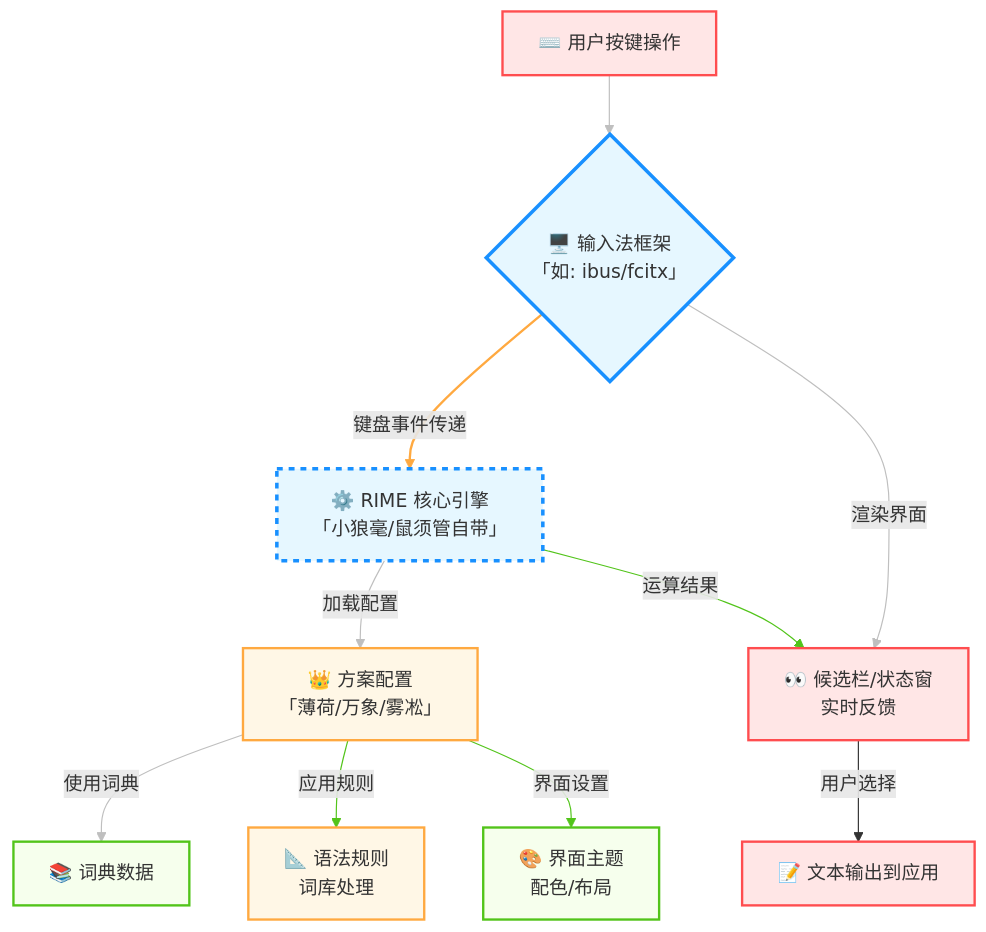
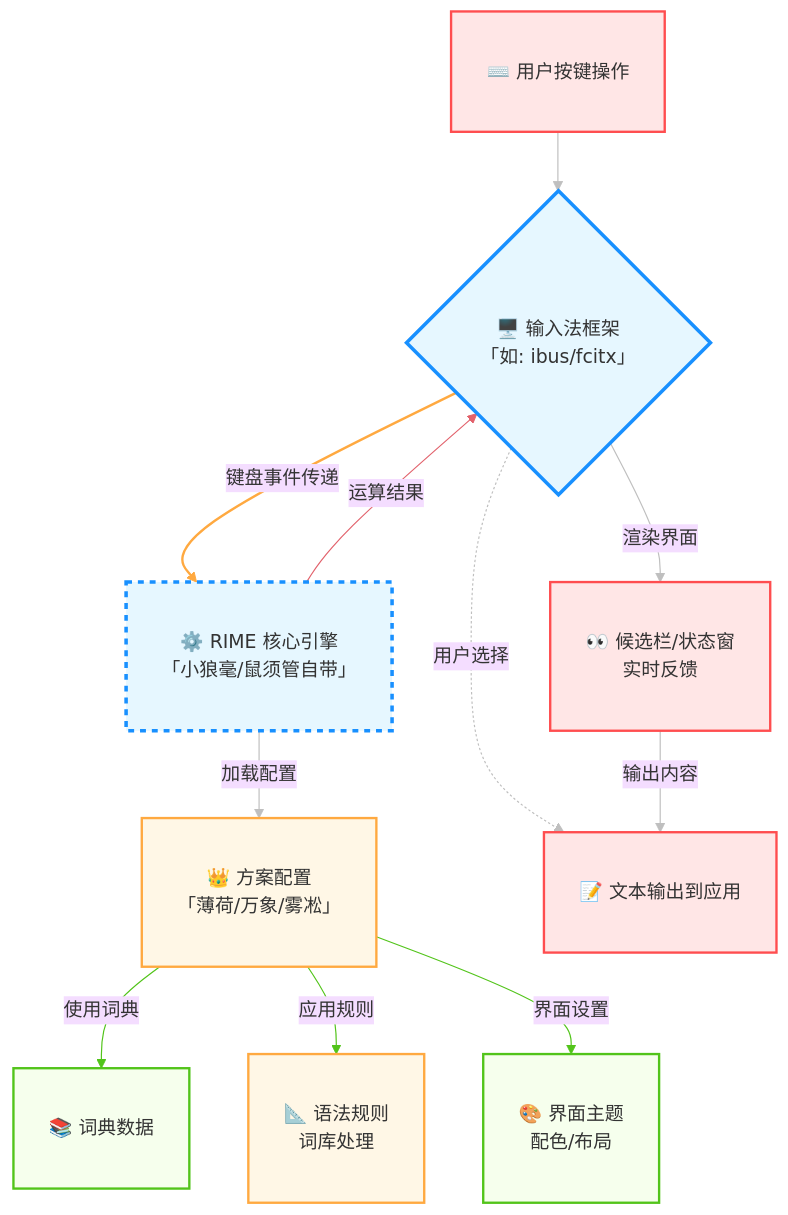
One commit to Mintimate/DocVitePressOMR changed the diagram in zh/guide/index.md. Above: the diagram before and after it, drawn with Mermaid. The commit also changed 1 other file, not shown here.

Commit message:
feat: 优化RIME架构流程图样式及交互逻辑说明

````diff
--- a/zh/guide/index.md
+++ b/zh/guide/index.md
@@ -25,28 +25,31 @@
 ```mermaid
+%%{init: {'theme': 'base', 'themeVariables': { 'nodeBorder': '#888' }}}%%
 flowchart TD
     A[⌨️ 用户按键操作] --> B{🖥️ 输入法框架<br/>「如: ibus/fcitx」}
     B -->|键盘事件传递| C[⚙️ RIME 核心引擎<br/>「小狼毫/鼠须管自带」 ]
     C -->|加载配置| D[👑 方案配置<br/>「薄荷/万象/雾凇」]
     D -->|使用词典| E[📚 词典数据]
     D -->|应用规则| F[📐 语法规则</br/>词库处理]
     D -->|界面设置| G[🎨 界面主题<br/>配色/布局]
-    C -->|运算结果| H[👀 候选栏/状态窗<br/>实时反馈]
-    B -->|渲染界面| H
-    H -->|用户选择| I[📝 文本输出到应用]
+    C -->|运算结果| B 
+    B -->|渲染界面| H[👀 候选栏/状态窗<br/>实时反馈]
+    B -.-> |用户选择| I[📝 文本输出到应用]
+    H -->|输出内容| I
 
-    classDef user fill:#ffe6e6,stroke:#ff4d4f,stroke-width:2px;
-    classDef engine fill:#e6f7ff,stroke:#1890ff,stroke-width:3px;
-    classDef config fill:#fff7e6,stroke:#ffa940,stroke-width:2px;
-    classDef data fill:#f6ffed,stroke:#52c41a,stroke-width:2px;
+    classDef user fill:#ffe6e6,stroke:#ff4d4f,stroke-width:2px,min-width:180px,min-height:40px,padding:10px;
+    classDef engine fill:#e6f7ff,stroke:#1890ff,stroke-width:3px,min-width:220px,min-height:60px,padding:12px;
+    classDef config fill:#fff7e6,stroke:#ffa940,stroke-width:2px,min-width:180px,min-height:60px,padding:10px;
+    classDef data fill:#f6ffed,stroke:#52c41a,stroke-width:2px,min-width:150px,min-height:50px,padding:10px;
     
     class A,I user;
     class B,C engine;
     class D,F config;
     class E,G data;
-    class H user; 
+    class H user;
 
-    style C stroke:#1890ff,stroke-width:3px,stroke-dasharray:5 5
+    style C stroke:#1890ff,stroke-width:3px,stroke-dasharray:5 5,min-height:60px
     linkStyle 1 stroke:#ffa940,stroke-width:2px
-    linkStyle 4,5,6 stroke:#52c41a
-    linkStyle 0,2,3,7 stroke:#bfbfbf
+    linkStyle 3,4,5 stroke:#52c41a
+    linkStyle 6 stroke:#E2626C
+    linkStyle 0,2,7,8,9 stroke:#bfbfbf
 ```
````
